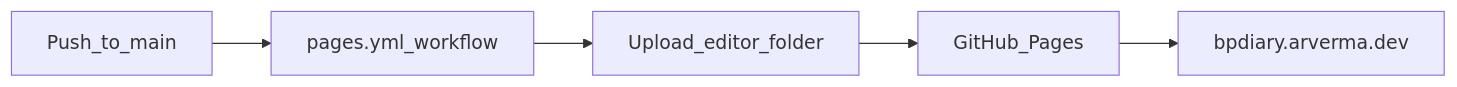
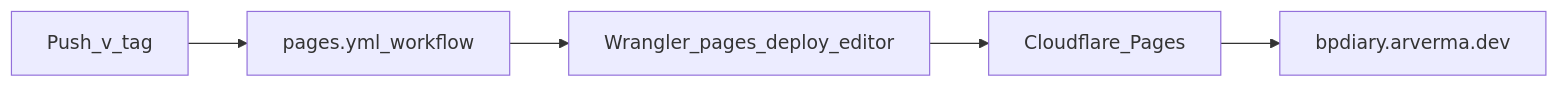
The diagram in docs/components/deploy.md (arverma/Bihar-Police-Notebook), drawn with Mermaid before and after one commit. The commit also changed other lines of this file and 24 other files, not shown here.

````diff
--- a/docs/components/deploy.md
+++ b/docs/components/deploy.md
@@ -7,13 +7,13 @@
 ```mermaid
 flowchart LR
-  push[Push_to_main]
+  push[Push_v_tag]
   wf[pages.yml_workflow]
-  artifact[Upload_editor_folder]
-  pages[GitHub_Pages]
+  artifact[Wrangler_pages_deploy_editor]
+  pages[Cloudflare_Pages]
   live[bpdiary.arverma.dev]
 
   push --> wf
   wf --> artifact
   artifact --> pages
   pages --> live
 ```
````
